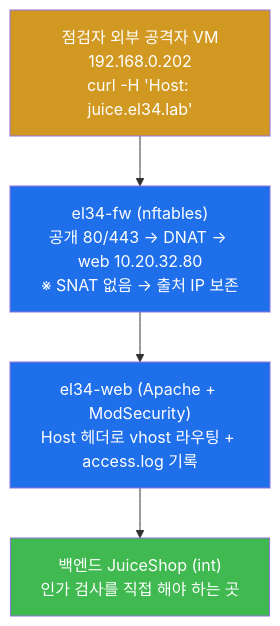
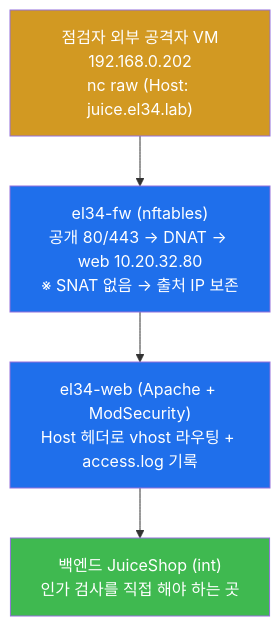
Before and after one commit to mrgrit/tw2: the sixth of 10 diagrams in contents/training/web-vuln/lecture_week09.md, drawn with Mermaid. The commit also changed other lines of this file and 99 other files, not shown here.

````diff
--- a/contents/training/web-vuln/lecture_week09.md
+++ b/contents/training/web-vuln/lecture_week09.md
@@ -383,12 +383,12 @@
 ```mermaid
 graph TD
-    ATK["점검자 외부 공격자 VM<br/>192.168.0.202<br/>curl -H 'Host: juice.el34.lab'"]
+    ATK["점검자 외부 공격자 VM<br/>192.168.0.202<br/>nc raw (Host: juice.el34.lab)"]
     FW["el34-fw (nftables)<br/>공개 80/443 → DNAT → web 10.20.32.80<br/>※ SNAT 없음 → 출처 IP 보존"]
     WEB["el34-web (Apache + ModSecurity)<br/>Host 헤더로 vhost 라우팅 + access.log 기록"]
     APP["백엔드 JuiceShop (int)<br/>인가 검사를 직접 해야 하는 곳"]
     ATK --> FW --> WEB --> APP
     style ATK fill:#d29922,color:#fff
     style FW fill:#1f6feb,color:#fff
     style WEB fill:#1f6feb,color:#fff
     style APP fill:#3fb950,color:#fff
 ```
````
